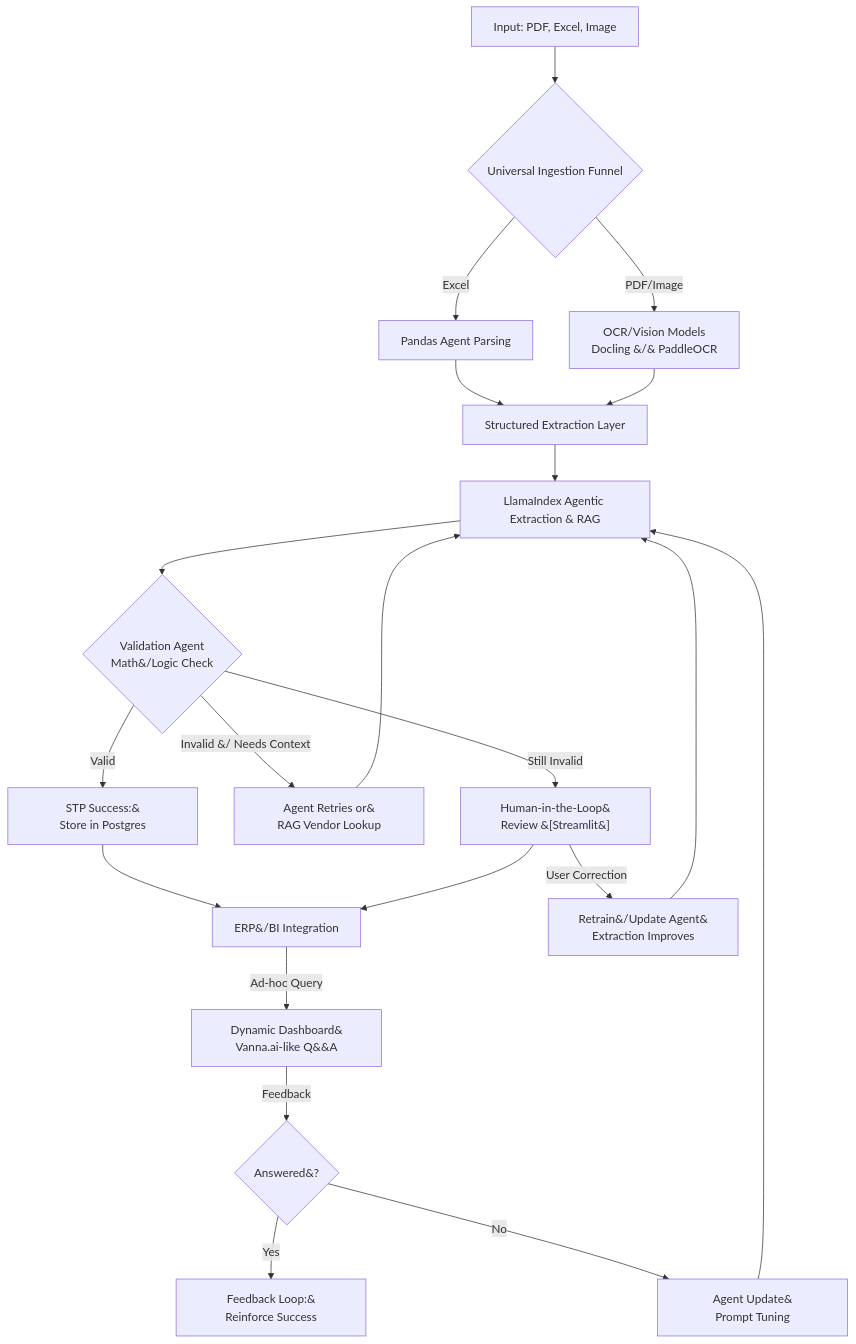
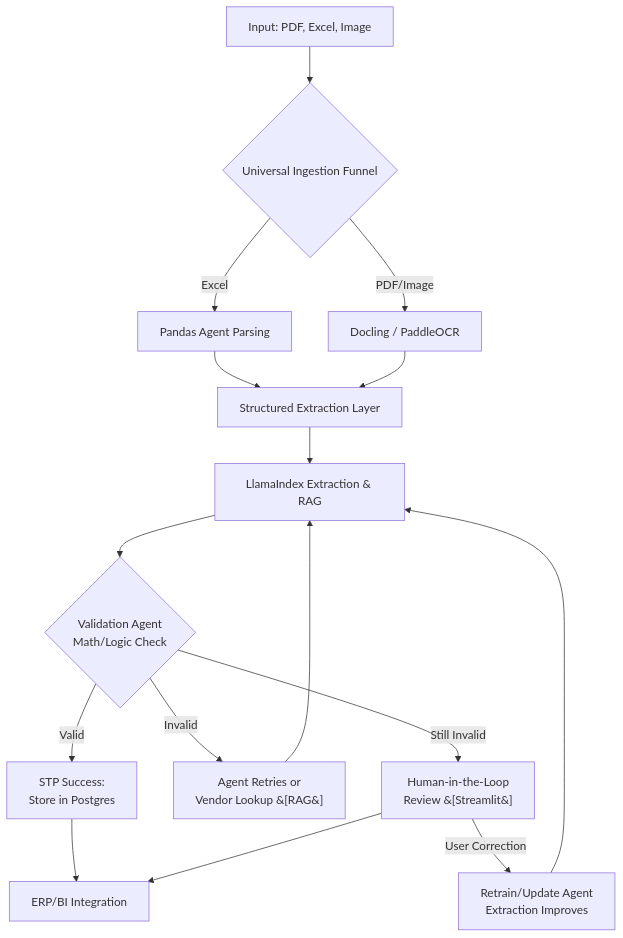
The diagram in README.md (klam55108-oss/AI-Document-Invoice-System-with-OCR), drawn with Mermaid before and after one commit. The commit also changed other lines of this file and 3 other files, not shown here.

`````diff
--- a/README.md
+++ b/README.md
@@ -34,27 +34,18 @@
-````mermaid
+```mermaid
 flowchart TD
-    %% Inspired by Vanna.ai and dynamic workflow improvements
     A[Input: PDF, Excel, Image] --> B{Universal Ingestion Funnel}
     B -- Excel --> C1[Pandas Agent Parsing]
-    B -- PDF/Image --> C2[OCR/Vision Models<br>Docling &#47;&#32;PaddleOCR]
+    B -- PDF/Image --> C2[Docling / PaddleOCR]
     C1 --> D[Structured Extraction Layer]
     C2 --> D
-    D --> E[LlamaIndex Agentic Extraction & RAG]
-    E --> F{Validation Agent<br>Math&#47;Logic Check}
-    F -- Valid --> G[STP Success:&#10;Store in Postgres]
-    F -- Invalid &#47; Needs Context --> H[Agent Retries or&#10;RAG Vendor Lookup]
+    D --> E[LlamaIndex Extraction & RAG]
+    E --> F{Validation Agent<br>Math/Logic Check}
+    F -- Valid --> G[STP Success:<br>Store in Postgres]
+    F -- Invalid --> H[Agent Retries or<br>Vendor Lookup &#91;RAG&#93;]
     H --> E
-    F -- Still Invalid --> I[Human-in-the-Loop&#10;Review &#91;Streamlit&#93;]
-    G --> J[ERP&#47;BI Integration]
+    F -- Still Invalid --> I[Human-in-the-Loop<br>Review &#91;Streamlit&#93;]
+    G --> J[ERP/BI Integration]
     I --> J
-
-    %% Dynamic Feedback/Learning / Vanna-style dash:
-    I -- User Correction --> K[Retrain&#47;Update Agent&#10;Extraction Improves]
+    I -- User Correction --> K[Retrain/Update Agent<br>Extraction Improves]
     K --> E
-
-    J -- Ad-hoc Query --> L[Dynamic Dashboard&#10;Vanna.ai-like Q&#38;A]
-    L -- Feedback --> M{Answered&#63;}
-    M -- Yes --> N[Feedback Loop:&#10;Reinforce Success]
-    M -- No --> O[Agent Update&#10;Prompt Tuning]
-    O --> E
-````
+```
`````
